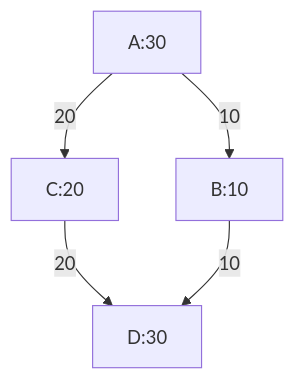
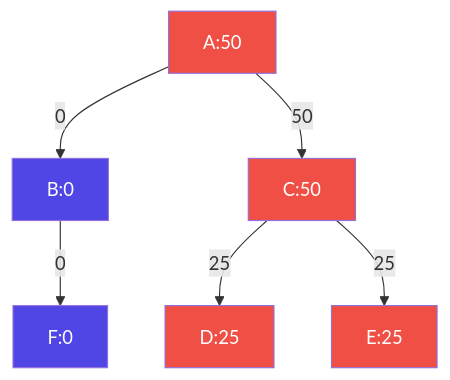
One commit to zBION1C/thesis-presentation changed the first of 3 diagrams in slides.md. Above: the diagram before and after it, drawn with Mermaid. The commit also changed other lines of this file, not shown here.

Commit message:
Improved the profile guided optimization slide

````diff
--- a/slides.md
+++ b/slides.md
@@ -133,7 +133,15 @@
 ```mermaid {scale: 0.8}
 flowchart TD
-A[A:30] -->|10| B[B:10]
-A -->|20| C[C:20]
-C -->|20| D[D:30]
-B -->|10| D
+A[A:50] -->|0| B[B:0]
+A -->|50| C[C:50]
+C -->|25| D[D:25]
+C -->|25| E[E:25]
+B -->|0| F[F:0]
+
+style A fill:#ef4f44,color:#fff
+style B fill:#4f46e5,color:#fff
+style C fill:#ef4f44,color:#fff
+style D fill:#ef4f44,color:#fff
+style E fill:#ef4f44,color:#fff
+style F fill:#4f46e5,color:#fff
 ```
````
